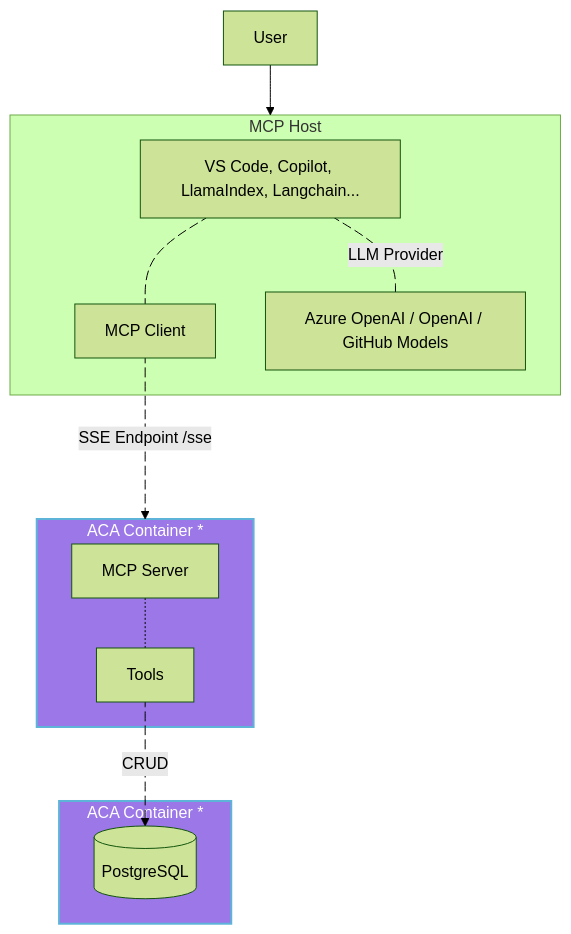
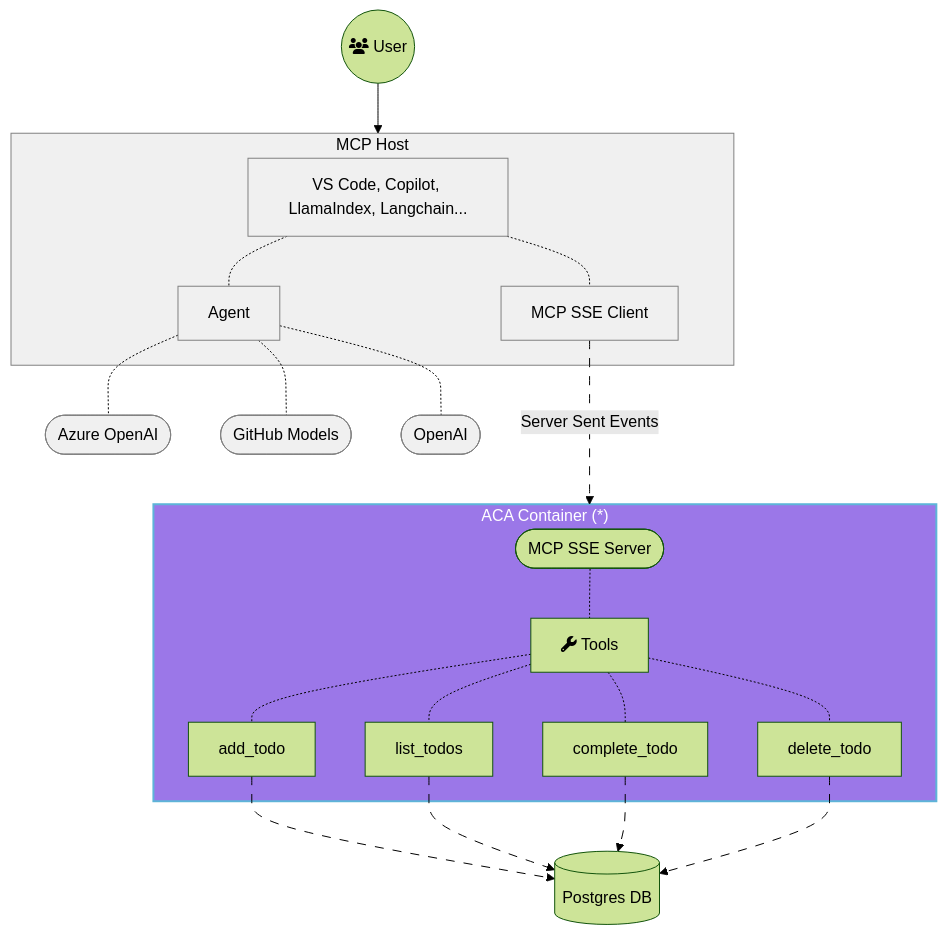
One commit to jaganraajan/mcp-container-ts changed the diagram in README.md. Above: the diagram before and after it, drawn with Mermaid (forest theme). The commit also changed other lines of this file, not shown here.

Commit message:
docs: update MCP section and enhance architecture diagram for clarity

````diff
--- a/README.md
+++ b/README.md
@@ -29,32 +32,60 @@
 ```mermaid
 flowchart TD
-    User[User]
-    Host["VS Code, Copilot, LlamaIndex, Langchain..."]
-    ClientSSE[MCP Client]
-    ServerSSE[MCP Server]
-    Tools[Tools]
-    LLM[Azure OpenAI / OpenAI / GitHub Models]
-    Postgres[(PostgreSQL)]
+    user(("fa:fa-users User"))
+    host["VS Code, Copilot, LlamaIndex, Langchain..."]
+    client[MCP SSE Client]
+    agent[Agent]
+    AzureOpenAI([Azure OpenAI])
+    GitHub([GitHub Models])
+    OpenAI([OpenAI])
+    server([MCP SSE Server])
+    tools["fa:fa-wrench Tools"]
+    db[(Postgres DB)]
 
-    User --> host 
-    subgraph host["MCP Host"]
-        Host h@-.- ClientSSE
-        Host i@-.- |LLM Provider| LLM
-        h@{ animate: true }
-        i@{ animate: true }
+    user --> hostGroup 
+    subgraph hostGroup["MCP Host"]
+        host -.- client & agent
     end
-    ClientSSE a@---> |"SSE Endpoint /sse"| server
-    a@{ animate: true }
+    
+    agent -.- AzureOpenAI & GitHub & OpenAI
+    
+    client a@ ---> |"Server Sent Events"| container
 
-    subgraph server["ACA Container *"]
-        ServerSSE -.- Tools
+    subgraph container["ACA Container (*)"]
+      server -.- tools
+      tools -.- add_todo 
+      tools -.- list_todos
+      tools -.- complete_todo
+      tools -.- delete_todo
     end
-    style server fill:#9B77E8,color:#fff,stroke:#5EB4D8,stroke-width:2px
+
+    add_todo b@ --> db
+    list_todos c@--> db
+    complete_todo d@ --> db
+    delete_todo e@ --> db
     
-    subgraph db["ACA Container *"]
-        Tools b@--> |CRUD| Postgres
-        b@{ animate: true }
-    end
-    style db fill:#9B77E8,color:#fff,stroke:#5EB4D8,stroke-width:2px
+    %% styles
+
+    classDef animate stroke-dasharray: 9,5,stroke-dashoffset: 900,animation: dash 25s linear infinite;
+
+    classDef highlight fill:#9B77E8,color:#fff,stroke:#5EB4D8,stroke-width:2px
+    
+    classDef dim fill:#f0f0f0,color:#000,stroke:gray,stroke-width:1px
+    
+    class a animate
+    class b animate
+    class c animate
+    class d animate
+    class e animate
+
+    class hostGroup dim
+    class host dim
+    class client dim
+    class agent dim
+    class GitHub dim
+    class AzureOpenAI dim
+    class OpenAI dim
+    class container highlight
+
 
 ```
````
